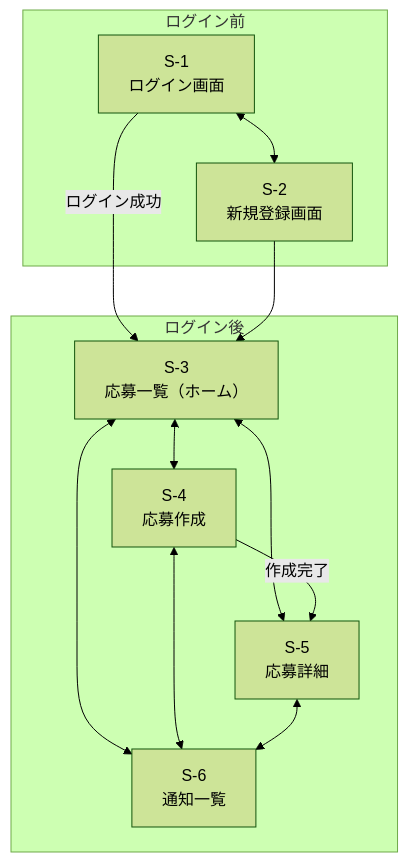
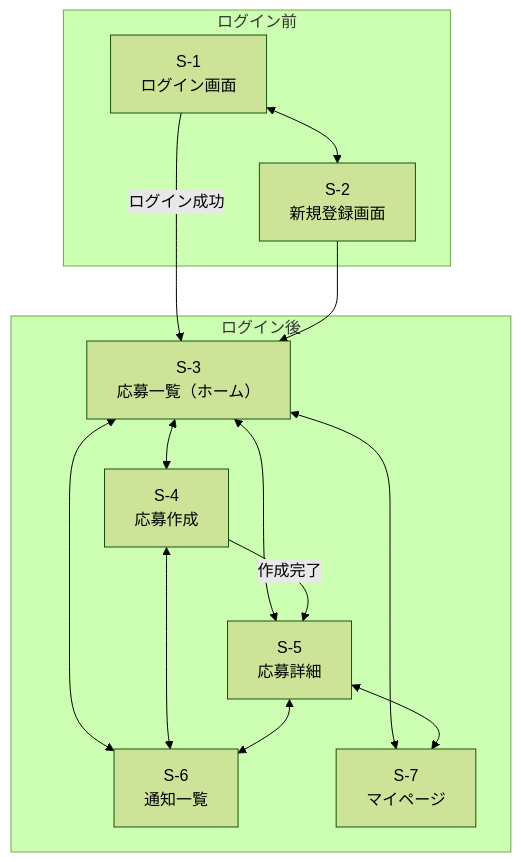
One commit to tnakamura0/team-development-matching changed the diagram in docs/screens.md. Above: the diagram before and after it, drawn with Mermaid (forest theme). The commit also changed other lines of this file, not shown here.

Commit message:
docs: ステータスを学習ステータスに名称変更

````diff
--- a/docs/screens.md
+++ b/docs/screens.md
@@ -15,24 +16,27 @@
 ```mermaid
 flowchart TD
     subgraph before["ログイン前"]
         A["S-1<br>ログイン画面"]
         B["S-2<br>新規登録画面"]
     end
 
     subgraph after["ログイン後"]
         C["S-3<br>応募一覧（ホーム）"]
         D["S-4<br>応募作成"]
         E["S-5<br>応募詳細"]
         F["S-6<br>通知一覧"]
+        G["S-7<br>マイページ"]
     end
 
     A -->|ログイン成功| C
     A <--> B
     B --> C
     C <--> D
     C <--> E
     C <--> F
+    C <--> G
     D --> |作成完了| E
     D <--> F
     E <--> F
+    E <--> G
 ```
````
